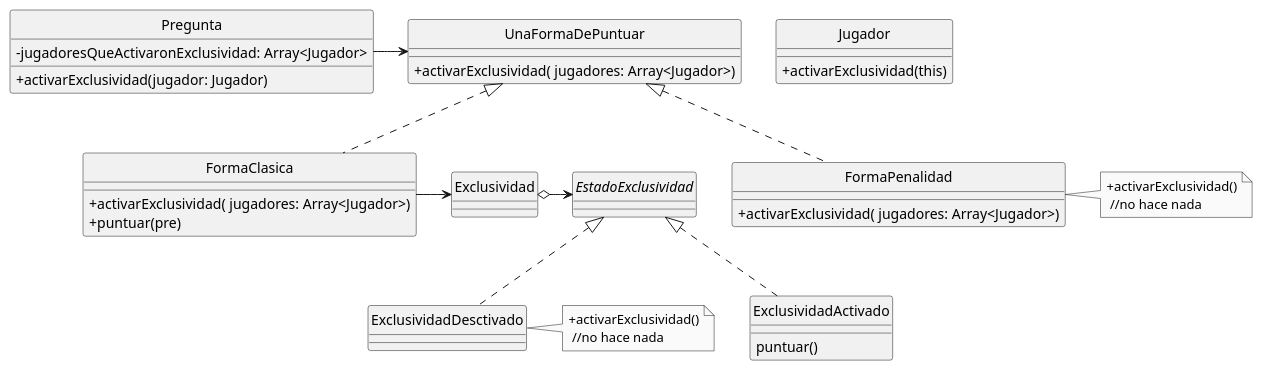
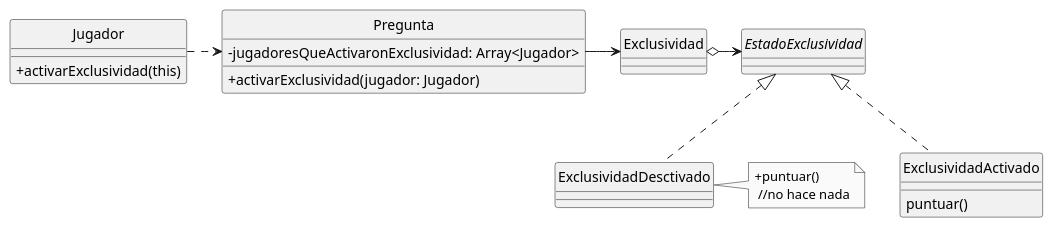
One commit to lorenzocabirta7/TP2-Algoritmos-y-Programacion-III changed the diagram in diagrams/classes/DC_Exclusividad.puml. Above: the diagram before and after it, drawn with PlantUML. The commit also changed 8 other files, not shown here.

Commit message:
agrego Diagramas

```diff
--- a/diagrams/classes/DC_Exclusividad.puml
+++ b/diagrams/classes/DC_Exclusividad.puml
@@ -1,60 +1,41 @@
 @startuml
 'https://plantuml.com/class-diagram
 
 hide circle
 skinparam classAttributeIconSize 0
 skinparam monochrome true
 
 class Jugador{
     +activarExclusividad(this)
 }
 
 class Pregunta{
     -jugadoresQueActivaronExclusividad: Array<Jugador>
     +activarExclusividad(jugador: Jugador)
 }
-Pregunta -> UnaFormaDePuntuar
+Jugador .> Pregunta
 
-class UnaFormaDePuntuar{
-    +activarExclusividad( jugadores: Array<Jugador>)
-}
-
-class FormaClasica implements UnaFormaDePuntuar{
-    +activarExclusividad( jugadores: Array<Jugador>)
-    +puntuar(pre)
-}
-FormaClasica -> Exclusividad
-
-
-class FormaPenalidad implements UnaFormaDePuntuar{
-    +activarExclusividad( jugadores: Array<Jugador>)
-
-}
-
-note right
-+activarExclusividad()
- //no hace nada
-end note
+Pregunta -> Exclusividad
 
 
 class Exclusividad{
 
 }
 Exclusividad o-> EstadoExclusividad
 
 interface EstadoExclusividad {
 
 }
 
 class ExclusividadActivado implements EstadoExclusividad{
     puntuar()
 }
 
 class ExclusividadDesctivado implements EstadoExclusividad{
 
 }
 note right
-+activarExclusividad()
++puntuar()
  //no hace nada
 end note
 @enduml
```
